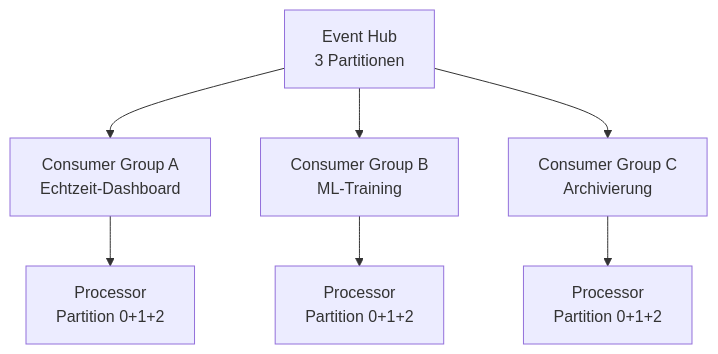
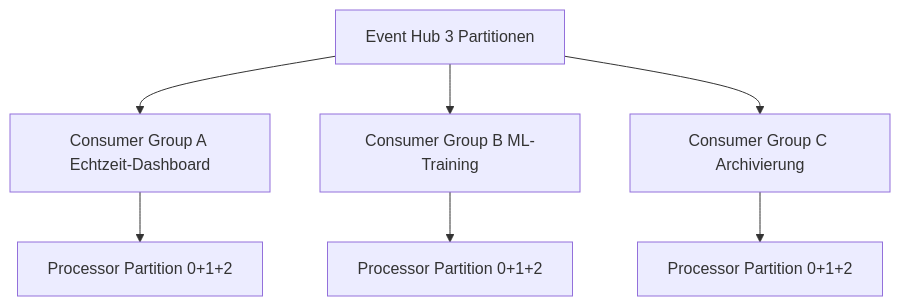
One commit to SoniiiT/notes-n-docs changed the third of 5 diagrams in Microsoft 365/Azure/Integration und Messaging/Azure Event Hubs.md. Above: the diagram before and after it, drawn with Mermaid. The commit also changed other lines of this file and 124 other files, not shown here.

First line of the commit message:
fix: Entferne \n aus allen Mermaid-Diagrammen (125 Dateien)

````diff
--- a/Microsoft 365/Azure/Integration und Messaging/Azure Event Hubs.md
+++ b/Microsoft 365/Azure/Integration und Messaging/Azure Event Hubs.md
@@ -93,9 +93,9 @@
 ```mermaid
 flowchart TD
-    EH[Event Hub\n3 Partitionen] --> CGA[Consumer Group A\nEchtzeit-Dashboard]
-    EH --> CGB[Consumer Group B\nML-Training]
-    EH --> CGC[Consumer Group C\nArchivierung]
-    CGA --> P0A[Processor\nPartition 0+1+2]
-    CGB --> P0B[Processor\nPartition 0+1+2]
-    CGC --> P0C[Processor\nPartition 0+1+2]
+    EH[Event Hub 3 Partitionen] --> CGA[Consumer Group A Echtzeit-Dashboard]
+    EH --> CGB[Consumer Group B ML-Training]
+    EH --> CGC[Consumer Group C Archivierung]
+    CGA --> P0A[Processor Partition 0+1+2]
+    CGB --> P0B[Processor Partition 0+1+2]
+    CGC --> P0C[Processor Partition 0+1+2]
 ```
````
